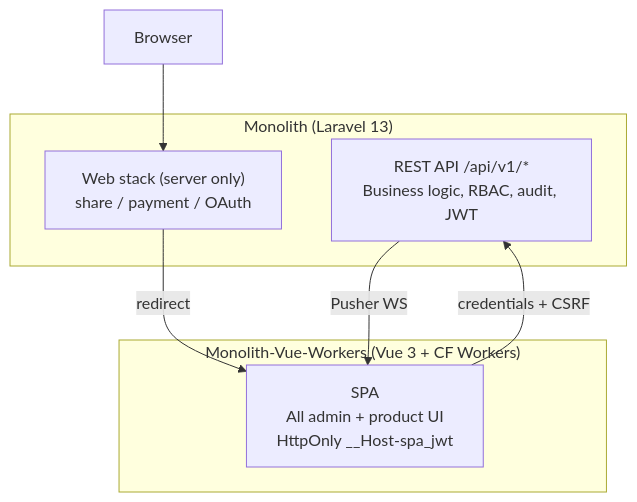
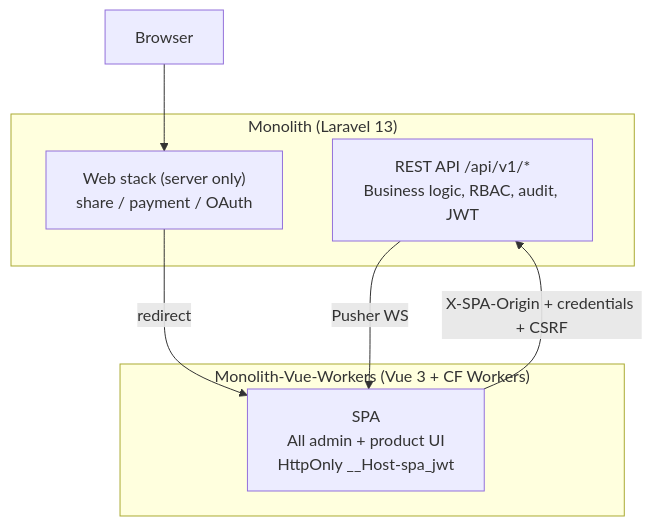
The diagram in docs/integration/project-overview.md (silverspoonmedia/cored-backend), drawn with Mermaid before and after one commit. The commit also changed other lines of this file and 12 other files, not shown here.

````diff
--- a/docs/integration/project-overview.md
+++ b/docs/integration/project-overview.md
@@ -9,14 +9,14 @@
 ```mermaid
 flowchart TB
     subgraph Monolith["Monolith (Laravel 13)"]
         API["REST API /api/v1/*<br>Business logic, RBAC, audit, JWT"]
         Web["Web stack (server only)<br>share / payment / OAuth"]
     end
     subgraph VueWorkers["Monolith-Vue-Workers (Vue 3 + CF Workers)"]
         SPA["SPA<br>All admin + product UI<br>HttpOnly __Host-spa_jwt"]
     end
-    SPA -->|"credentials + CSRF"| API
+    SPA -->|"X-SPA-Origin + credentials + CSRF"| API
     Browser --> Web
     Web -->|"redirect"| SPA
     API -->|"Pusher WS"| SPA
 ```
````
